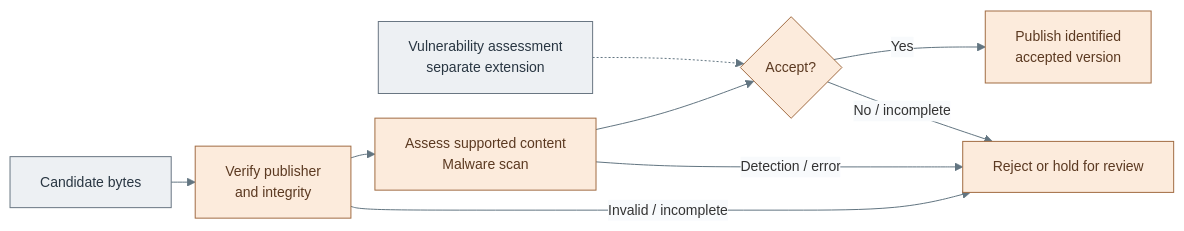
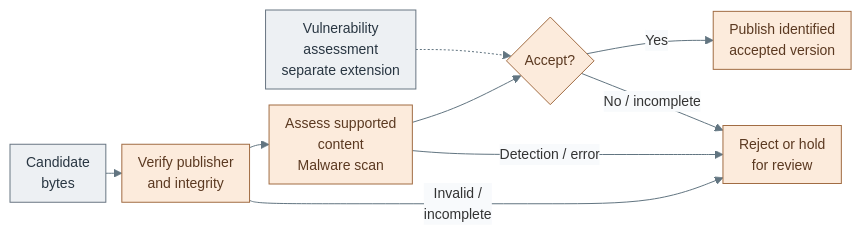
Before and after one commit to Rexus/homelab: the diagram in docs/01-architecture/07-software-intake/01-verification.md, drawn with Mermaid. The commit also changed other lines of this file and 352 other files, not shown here.

````diff
--- a/docs/01-architecture/07-software-intake/01-verification.md
+++ b/docs/01-architecture/07-software-intake/01-verification.md
@@ -53,21 +53,21 @@
 ```mermaid
-%%{init: {"theme":"base","flowchart":{"nodeSpacing":20,"rankSpacing":24},"themeVariables":{"lineColor":"#627581","edgeLabelBackground":"#f8fafc","fontFamily":"Arial, sans-serif","fontSize":"14px"},"fontFamily":"Arial, sans-serif"}}%%
+%%{init: {"theme":"base","flowchart":{"nodeSpacing":16,"rankSpacing":16,"padding":8},"themeVariables":{"lineColor":"#627581","edgeLabelBackground":"#f8fafc","fontFamily":"Arial, sans-serif","fontSize":"14px"},"fontFamily":"Arial, sans-serif"}}%%
 flowchart LR
-  Candidate["Candidate bytes"] --> Verify["Verify publisher<br/>and integrity"]
-  Verify --> Scan["Assess supported content<br/>Malware scan"]
-  Verify -->|Invalid / incomplete| Hold["Reject or hold for review"]
+  Candidate["Candidate<br/>bytes"] --> Verify["Verify publisher<br/>and integrity"]
+  Verify --> Scan["Assess supported<br/>content<br/>Malware scan"]
+  Verify -->|Invalid /<br/>incomplete| Hold["Reject or hold<br/>for review"]
   Scan --> Policy{"Accept?"}
   Scan -->|Detection / error| Hold
   Policy -->|Yes| Publish["Publish identified<br/>accepted version"]
   Policy -->|No / incomplete| Hold
-  Extension["Vulnerability assessment<br/>separate extension"] -.-> Policy
+  Extension["Vulnerability<br/>assessment<br/>separate extension"] -.-> Policy
   classDef default fill:#f8fafc,stroke:#64748b,color:#1f2937
   classDef actor fill:#edf0f3,stroke:#697682,color:#293642
   classDef services fill:#e7f0fc,stroke:#4d719b,color:#203a5b
   classDef control fill:#e2f3ed,stroke:#397366,color:#173f36
   classDef custody fill:#fff2d1,stroke:#926820,color:#584013
   class Candidate,Extension actor
   class Scan,Publish,Policy,Hold action
   classDef action fill:#fcebdc,stroke:#a16c43,color:#5b3921
   class Verify action
 ```
````
